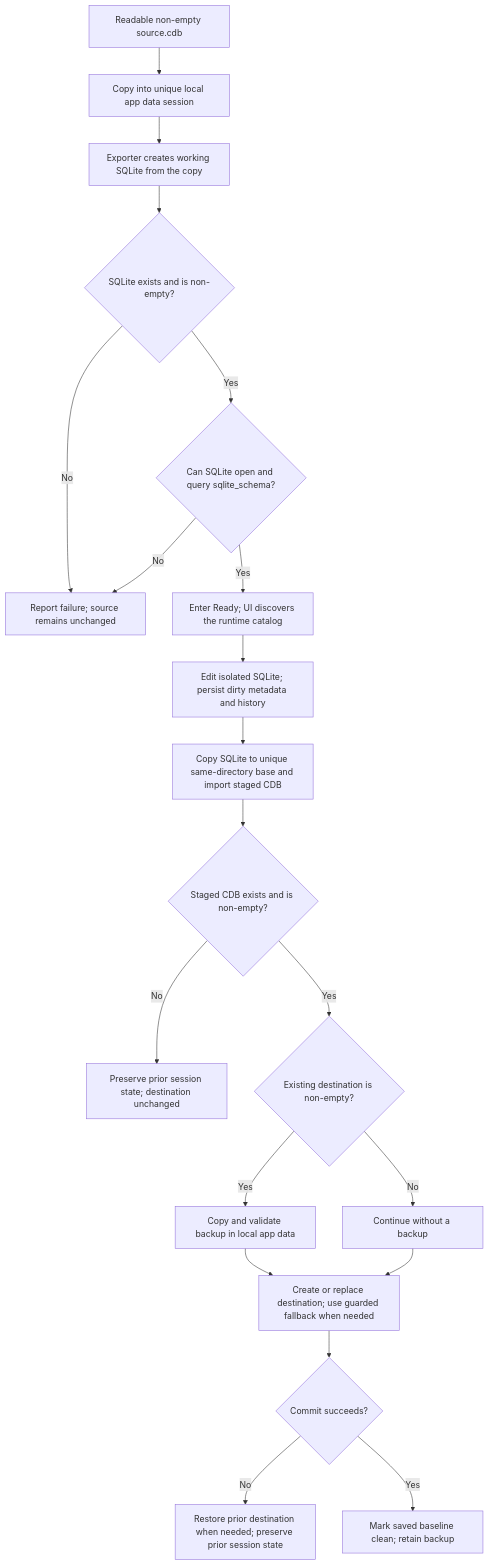
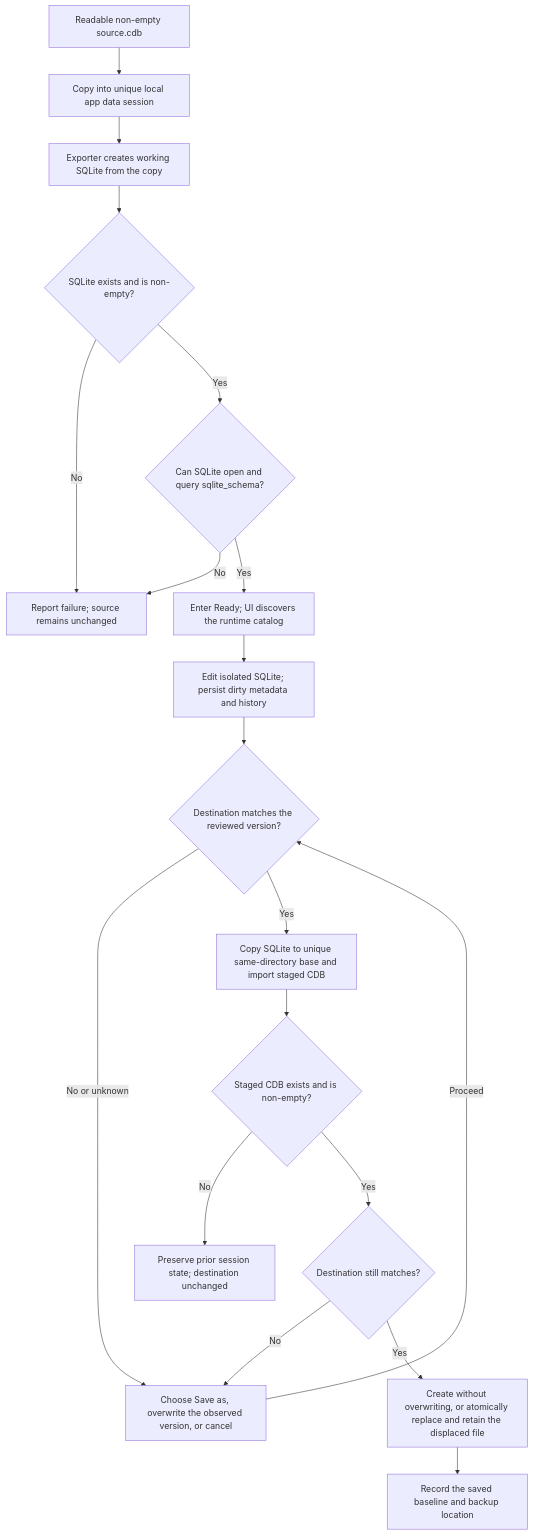
Before and after one commit to Peter537/pcm-cdb-editor: the diagram in docs/safety-and-recovery.md, drawn with Mermaid. The commit also changed other lines of this file and 76 other files, not shown here.

````diff
--- a/docs/safety-and-recovery.md
+++ b/docs/safety-and-recovery.md
@@ -5,22 +5,21 @@
 ```mermaid
 flowchart TD
     Source["Readable non-empty source.cdb"] --> Copy["Copy into unique local app data session"]
     Copy --> Export["Exporter creates working SQLite from the copy"]
     Export --> OpenCheck{"SQLite exists and is non-empty?"}
     OpenCheck -- "No" --> OpenFail["Report failure; source remains unchanged"]
     OpenCheck -- "Yes" --> Readable{"Can SQLite open and query sqlite_schema?"}
     Readable -- "No" --> OpenFail
     Readable -- "Yes" --> Ready["Enter Ready; UI discovers the runtime catalog"]
     Ready --> Edit["Edit isolated SQLite; persist dirty metadata and history"]
-    Edit --> Stage["Copy SQLite to unique same-directory base and import staged CDB"]
+    Edit --> Baseline{"Destination matches the reviewed version?"}
+    Baseline -- "No or unknown" --> Decision["Choose Save as, overwrite the observed version, or cancel"]
+    Decision -- "Proceed" --> Baseline
+    Baseline -- "Yes" --> Stage["Copy SQLite to unique same-directory base and import staged CDB"]
     Stage --> SaveCheck{"Staged CDB exists and is non-empty?"}
     SaveCheck -- "No" --> SaveFail["Preserve prior session state; destination unchanged"]
-    SaveCheck -- "Yes" --> ExistingData{"Existing destination is non-empty?"}
-    ExistingData -- "Yes" --> Backup["Copy and validate backup in local app data"]
-    ExistingData -- "No" --> NoBackup["Continue without a backup"]
-    Backup --> Commit["Create or replace destination; use guarded fallback when needed"]
-    NoBackup --> Commit
-    Commit --> Durable{"Commit succeeds?"}
-    Durable -- "No" --> Rollback["Restore prior destination when needed; preserve prior session state"]
-    Durable -- "Yes" --> Clean["Mark saved baseline clean; retain backup"]
+    SaveCheck -- "Yes" --> Recheck{"Destination still matches?"}
+    Recheck -- "No" --> Decision
+    Recheck -- "Yes" --> Commit["Create without overwriting, or atomically replace and retain the displaced file"]
+    Commit --> Clean["Record the saved baseline and backup location"]
 ```
````
